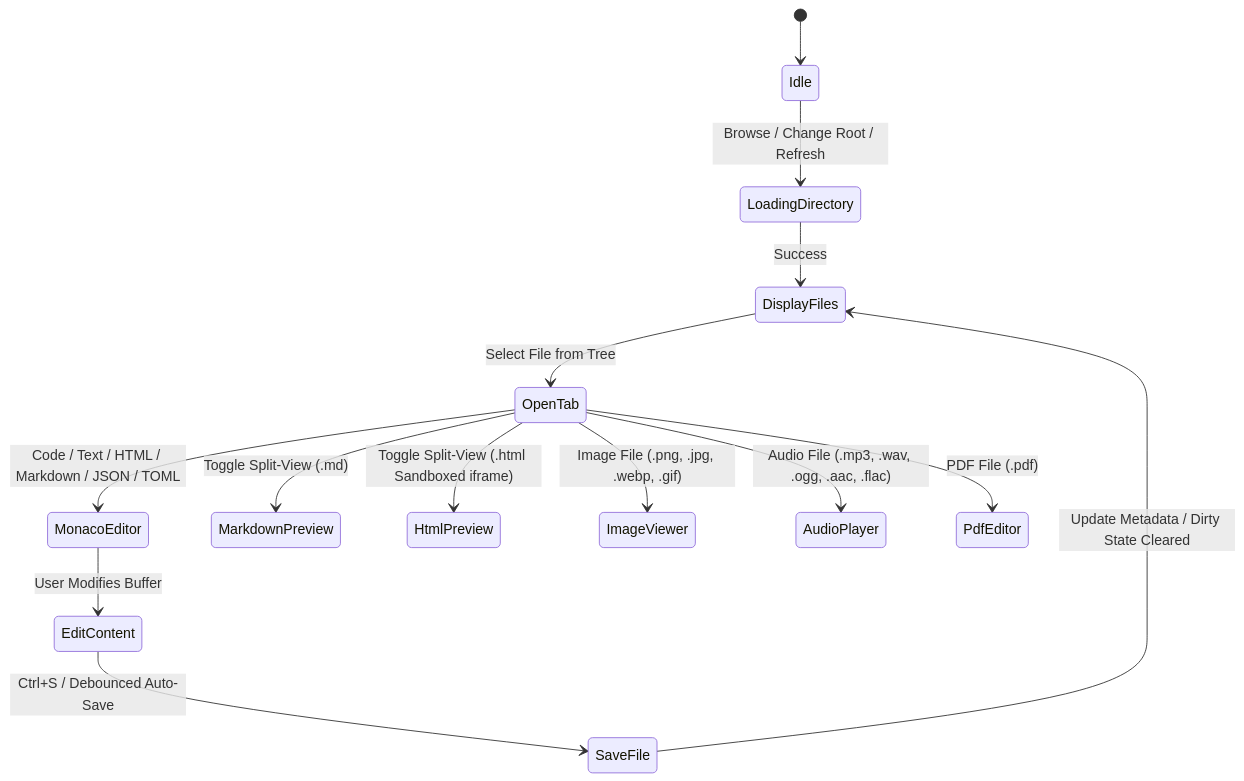
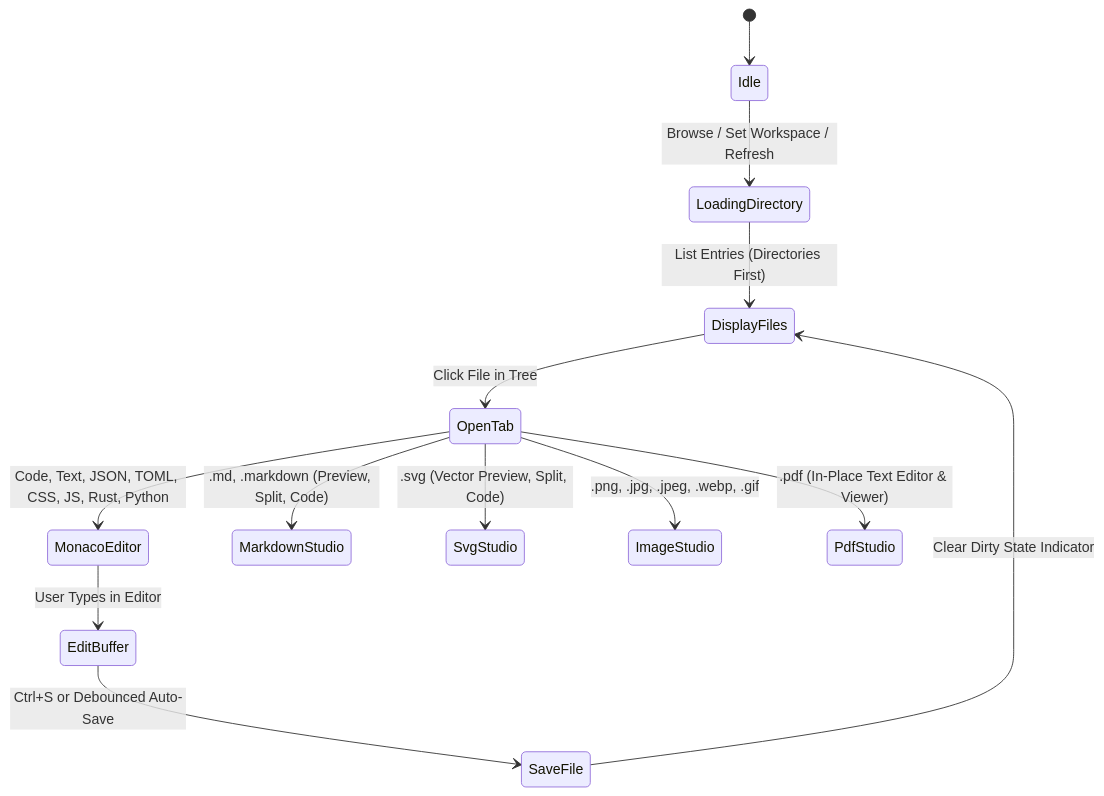
One commit to zishan049/Composer changed the third of 9 diagrams in PRD.md. Above: the diagram before and after it, drawn with Mermaid. The commit also changed other lines of this file and 1 other file, not shown here.

````diff
--- a/PRD.md
+++ b/PRD.md
@@ -163,16 +160,15 @@
 ```mermaid
 stateDiagram-v2
     [*] --> Idle
-    Idle --> LoadingDirectory: Browse / Change Root / Refresh
-    LoadingDirectory --> DisplayFiles: Success
-    DisplayFiles --> OpenTab: Select File from Tree
-    OpenTab --> MonacoEditor: Code / Text / HTML / Markdown / JSON / TOML
-    OpenTab --> MarkdownPreview: Toggle Split-View (.md)
-    OpenTab --> HtmlPreview: Toggle Split-View (.html Sandboxed iframe)
-    OpenTab --> ImageViewer: Image File (.png, .jpg, .webp, .gif)
-    OpenTab --> AudioPlayer: Audio File (.mp3, .wav, .ogg, .aac, .flac)
-    OpenTab --> PdfEditor: PDF File (.pdf)
-    MonacoEditor --> EditContent: User Modifies Buffer
-    EditContent --> SaveFile: Ctrl+S / Debounced Auto-Save
-    SaveFile --> DisplayFiles: Update Metadata / Dirty State Cleared
+    Idle --> LoadingDirectory: Browse / Set Workspace / Refresh
+    LoadingDirectory --> DisplayFiles: List Entries (Directories First)
+    DisplayFiles --> OpenTab: Click File in Tree
+    OpenTab --> MonacoEditor: Code, Text, JSON, TOML, CSS, JS, Rust, Python
+    OpenTab --> MarkdownStudio: .md, .markdown (Preview, Split, Code)
+    OpenTab --> SvgStudio: .svg (Vector Preview, Split, Code)
+    OpenTab --> ImageStudio: .png, .jpg, .jpeg, .webp, .gif
+    OpenTab --> PdfStudio: .pdf (In-Place Text Editor & Viewer)
+    MonacoEditor --> EditBuffer: User Types in Editor
+    EditBuffer --> SaveFile: Ctrl+S or Debounced Auto-Save
+    SaveFile --> DisplayFiles: Clear Dirty State Indicator
 ```
````
